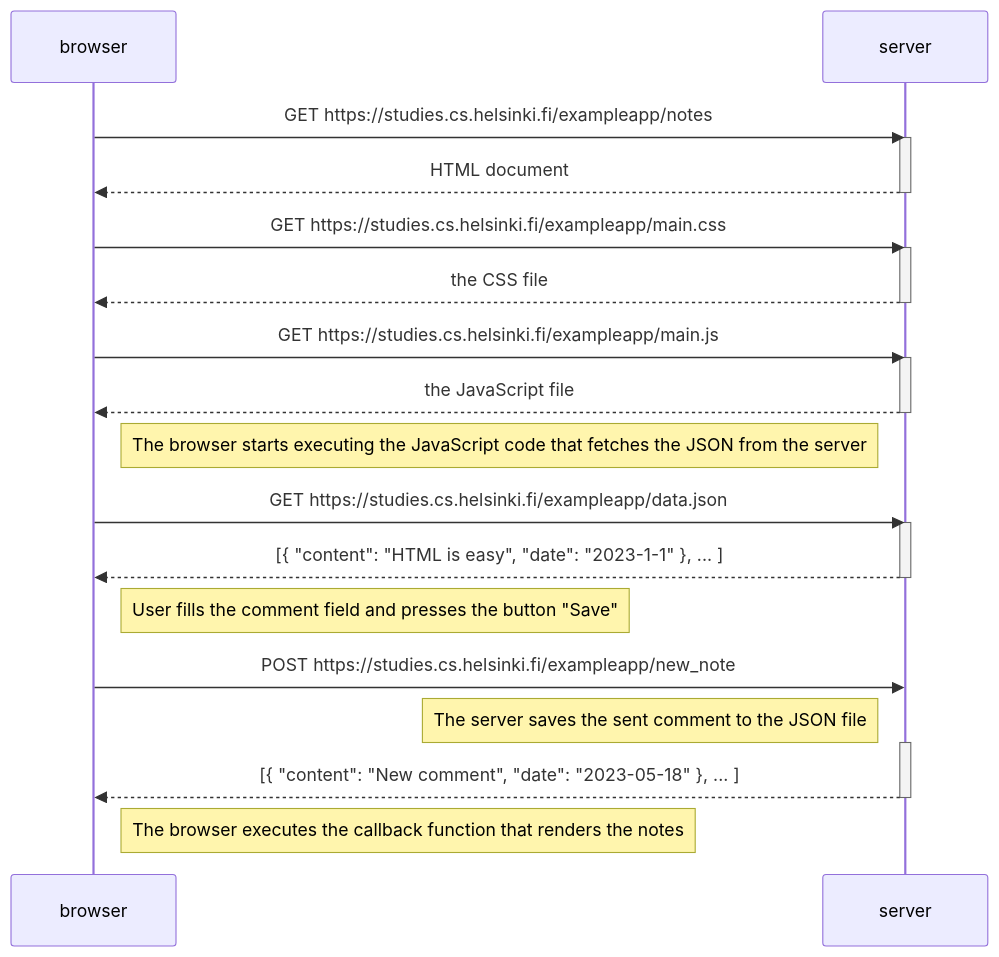
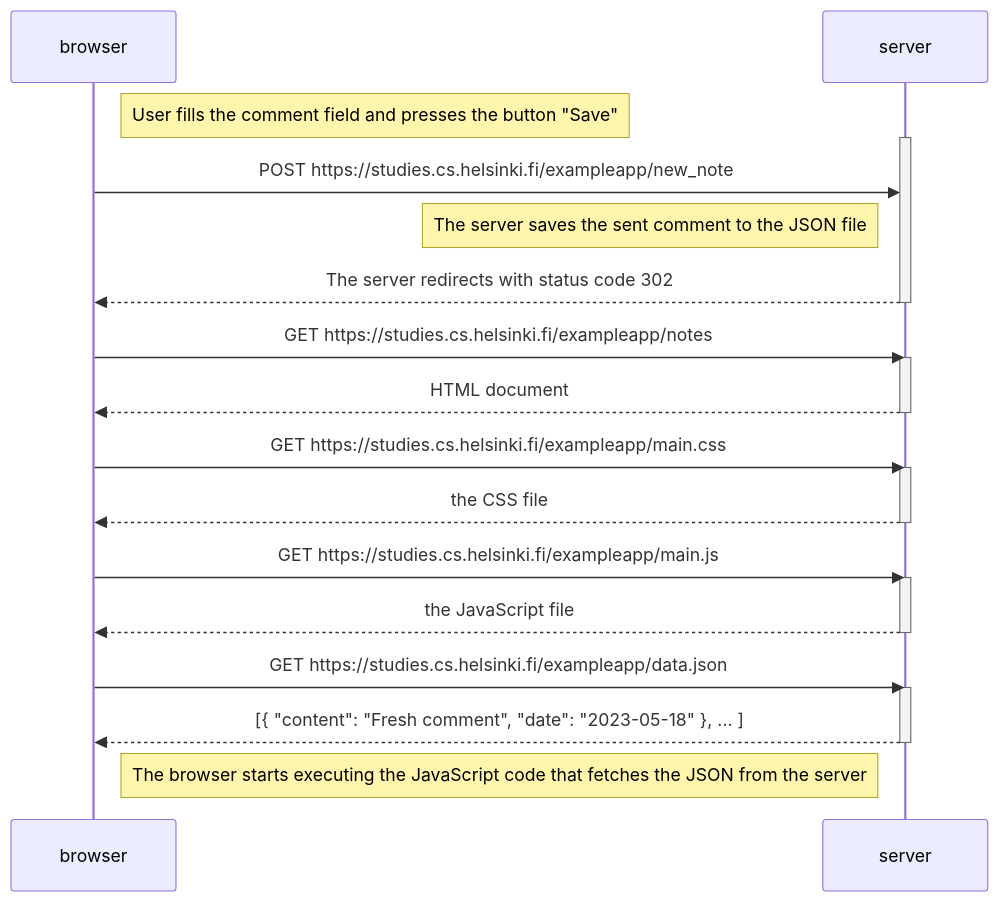
The diagram in osa0/README.md (jhlae/fso-2023), drawn with Mermaid before and after one commit.

Commit message:
chore: refinements

````diff
--- a/osa0/README.md
+++ b/osa0/README.md
@@ -5,39 +5,36 @@
 ```mermaid
 sequenceDiagram
-participant browser
-participant server
+    participant browser
+    participant server
+
+    Note right of browser: User fills the comment field and presses the button "Save"
+    activate server
+
+    browser->>server: POST https://studies.cs.helsinki.fi/exampleapp/new_note
+        Note left of server: The server saves the sent comment to the JSON file
+    server-->>browser: The server redirects with status code 302
+    deactivate server
 
     browser->>server: GET https://studies.cs.helsinki.fi/exampleapp/notes
     activate server
     server-->>browser: HTML document
     deactivate server
 
     browser->>server: GET https://studies.cs.helsinki.fi/exampleapp/main.css
     activate server
     server-->>browser: the CSS file
     deactivate server
 
     browser->>server: GET https://studies.cs.helsinki.fi/exampleapp/main.js
     activate server
     server-->>browser: the JavaScript file
     deactivate server
 
-    Note right of browser: The browser starts executing the JavaScript code that fetches the JSON from the server
-
     browser->>server: GET https://studies.cs.helsinki.fi/exampleapp/data.json
     activate server
-    server-->>browser: [{ "content": "HTML is easy", "date": "2023-1-1" }, ... ]
+    server-->>browser: [{ "content": "Fresh comment", "date": "2023-05-18" }, ... ]
     deactivate server
 
-    Note right of browser: User fills the comment field and presses the button "Save"
 
-    browser->>server: POST https://studies.cs.helsinki.fi/exampleapp/new_note
-        Note left of server: The server saves the sent comment to the JSON file
-
-    activate server
-    server-->>browser: [{ "content": "New comment", "date": "2023-05-18" }, ... ]
-
-    deactivate server
-
-    Note right of browser: The browser executes the callback function that renders the notes
+    Note right of browser: The browser starts executing the JavaScript code that fetches the JSON from the server
 ```
````
